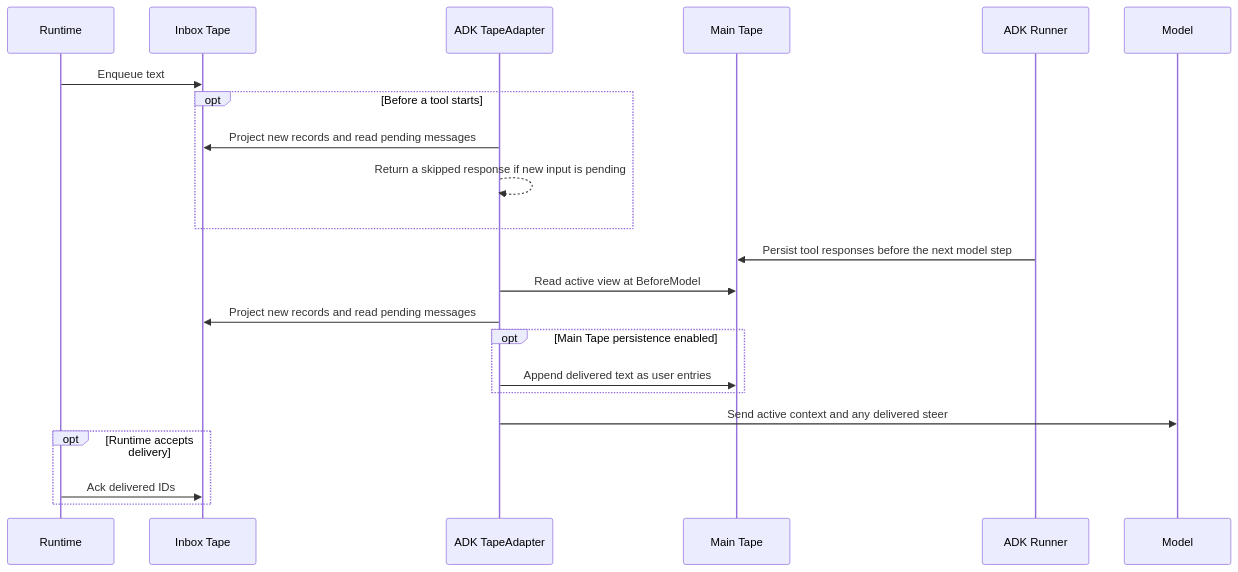
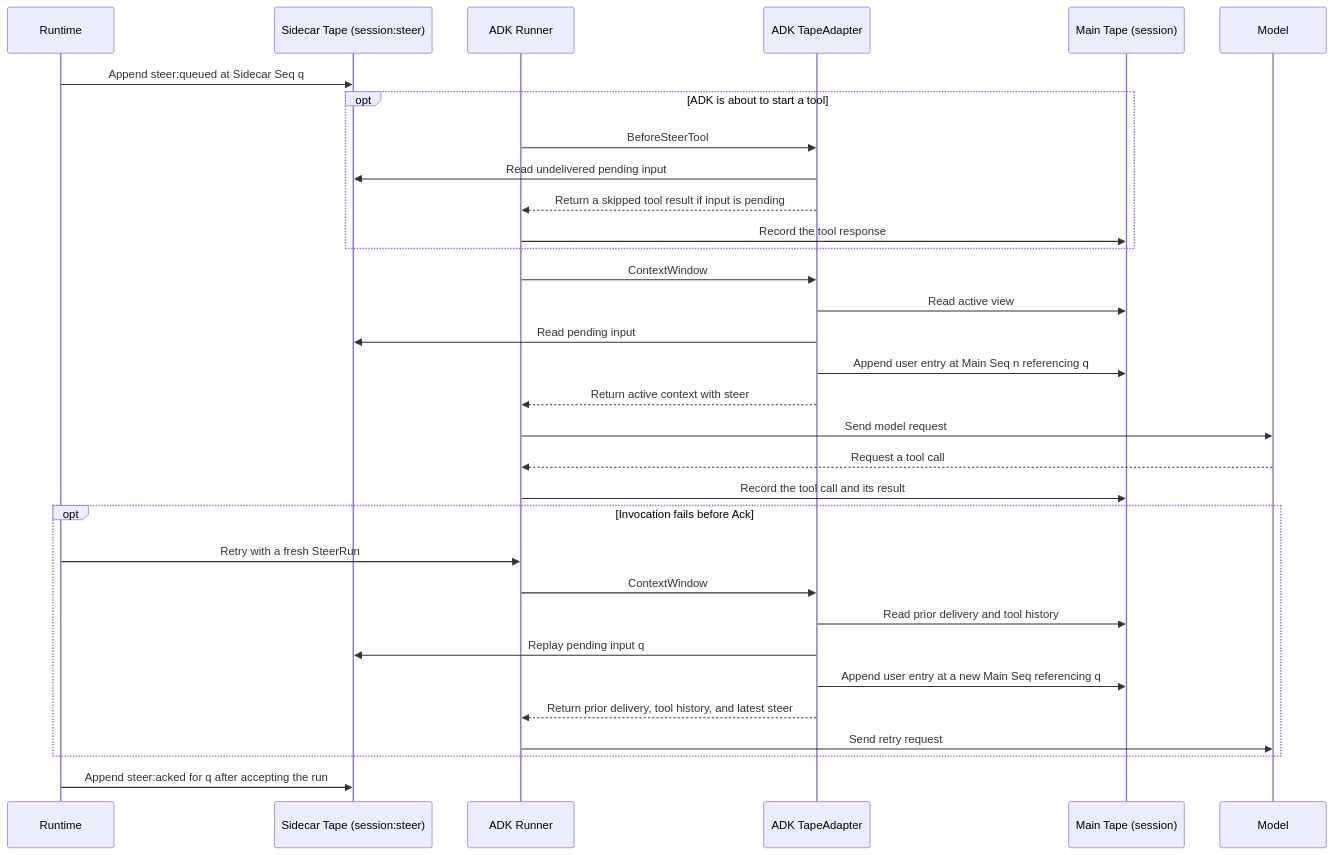
Before and after one commit to scbizu/tape-go: the diagram in docs/designs/steer-inbox-design.md, drawn with Mermaid. The commit also changed other lines of this file and 5 other files, not shown here.

Commit message:
refactor(steer): persist inbox on a sidecar tape (#16)

````diff
--- a/docs/designs/steer-inbox-design.md
+++ b/docs/designs/steer-inbox-design.md
@@ -11,24 +8,34 @@
 ```mermaid
 sequenceDiagram
     participant Runtime
-    participant Inbox as Inbox Tape
+    participant Sidecar as Sidecar Tape (session:steer)
+    participant ADK as ADK Runner
     participant Adapter as ADK TapeAdapter
-    participant Main as Main Tape
-    participant ADK as ADK Runner
+    participant Main as Main Tape (session)
     participant Model
-    Runtime->>Inbox: Enqueue text
-    opt Before a tool starts
-        Adapter->>Inbox: Project new records and read pending messages
-        Adapter-->>Adapter: Return a skipped response if new input is pending
+    Runtime->>Sidecar: Append steer:queued at Sidecar Seq q
+    opt ADK is about to start a tool
+        ADK->>Adapter: BeforeSteerTool
+        Adapter->>Sidecar: Read undelivered pending input
+        Adapter-->>ADK: Return a skipped tool result if input is pending
+        ADK->>Main: Record the tool response
     end
-    ADK->>Main: Persist tool responses before the next model step
-    Adapter->>Main: Read active view at BeforeModel
-    Adapter->>Inbox: Project new records and read pending messages
-    opt Main Tape persistence enabled
-        Adapter->>Main: Append delivered text as user entries
+    ADK->>Adapter: ContextWindow
+    Adapter->>Main: Read active view
+    Adapter->>Sidecar: Read pending input
+    Adapter->>Main: Append user entry at Main Seq n referencing q
+    Adapter-->>ADK: Return active context with steer
+    ADK->>Model: Send model request
+    Model-->>ADK: Request a tool call
+    ADK->>Main: Record the tool call and its result
+    opt Invocation fails before Ack
+        Runtime->>ADK: Retry with a fresh SteerRun
+        ADK->>Adapter: ContextWindow
+        Adapter->>Main: Read prior delivery and tool history
+        Adapter->>Sidecar: Replay pending input q
+        Adapter->>Main: Append user entry at a new Main Seq referencing q
+        Adapter-->>ADK: Return prior delivery, tool history, and latest steer
+        ADK->>Model: Send retry request
     end
-    Adapter->>Model: Send active context and any delivered steer
-    opt Runtime accepts delivery
-        Runtime->>Inbox: Ack delivered IDs
-    end
+    Runtime->>Sidecar: Append steer:acked for q after accepting the run
 ```
````
